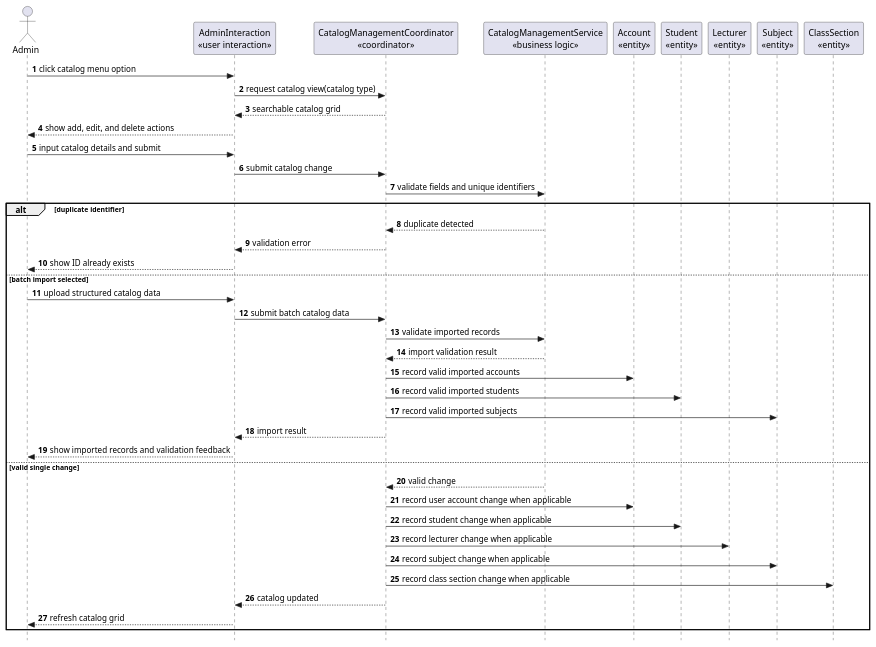
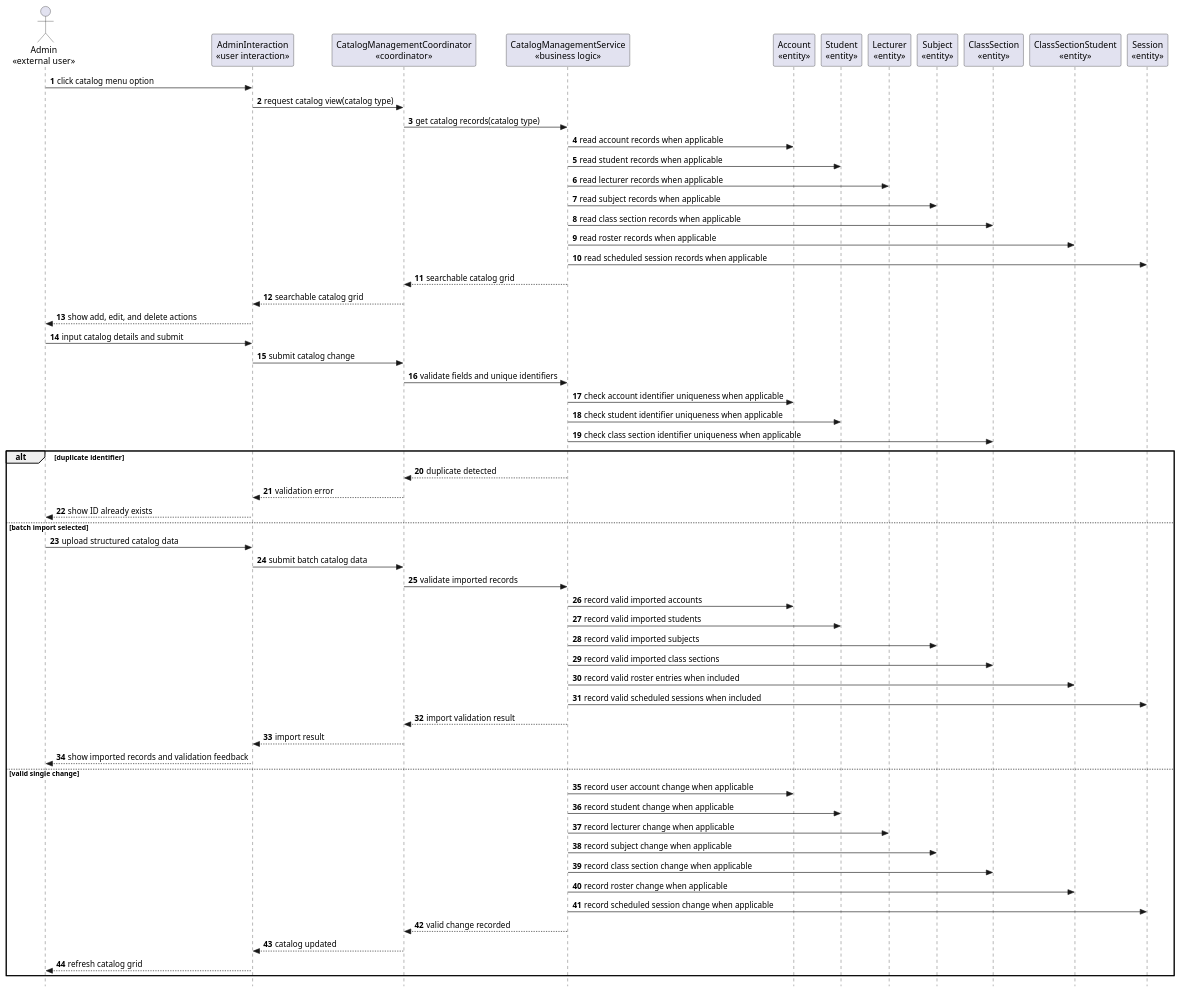
Before and after one commit to nttung42/SWD392: diagram 23 of 29 in docs/sds/2_Analysis.md, drawn with PlantUML. The commit also changed other lines of this file and 1 other file, not shown here.

````diff
--- a/docs/sds/2_Analysis.md
+++ b/docs/sds/2_Analysis.md
@@ -1126,48 +1178,67 @@
 ```plantuml
 @startuml
 skinparam style strictuml
 autonumber
-actor "Admin" as Admin
+actor "Admin\n«external user»" as Admin
 participant "AdminInteraction\n«user interaction»" as AdminUI
 participant "CatalogManagementCoordinator\n«coordinator»" as CatalogControl
 participant "CatalogManagementService\n«business logic»" as CatalogRules
 participant "Account\n«entity»" as Account
 participant "Student\n«entity»" as Student
 participant "Lecturer\n«entity»" as Lecturer
 participant "Subject\n«entity»" as Subject
 participant "ClassSection\n«entity»" as ClassSection
+participant "ClassSectionStudent\n«entity»" as ClassSectionStudent
+participant "Session\n«entity»" as Session
 
 Admin -> AdminUI : click catalog menu option
 AdminUI -> CatalogControl : request catalog view(catalog type)
+CatalogControl -> CatalogRules : get catalog records(catalog type)
+CatalogRules -> Account : read account records when applicable
+CatalogRules -> Student : read student records when applicable
+CatalogRules -> Lecturer : read lecturer records when applicable
+CatalogRules -> Subject : read subject records when applicable
+CatalogRules -> ClassSection : read class section records when applicable
+CatalogRules -> ClassSectionStudent : read roster records when applicable
+CatalogRules -> Session : read scheduled session records when applicable
+CatalogRules --> CatalogControl : searchable catalog grid
 CatalogControl --> AdminUI : searchable catalog grid
 AdminUI --> Admin : show add, edit, and delete actions
 Admin -> AdminUI : input catalog details and submit
 AdminUI -> CatalogControl : submit catalog change
 CatalogControl -> CatalogRules : validate fields and unique identifiers
+CatalogRules -> Account : check account identifier uniqueness when applicable
+CatalogRules -> Student : check student identifier uniqueness when applicable
+CatalogRules -> ClassSection : check class section identifier uniqueness when applicable
 
 alt duplicate identifier
   CatalogRules --> CatalogControl : duplicate detected
   CatalogControl --> AdminUI : validation error
   AdminUI --> Admin : show ID already exists
 else batch import selected
   Admin -> AdminUI : upload structured catalog data
   AdminUI -> CatalogControl : submit batch catalog data
   CatalogControl -> CatalogRules : validate imported records
+  CatalogRules -> Account : record valid imported accounts
+  CatalogRules -> Student : record valid imported students
+  CatalogRules -> Subject : record valid imported subjects
+  CatalogRules -> ClassSection : record valid imported class sections
+  CatalogRules -> ClassSectionStudent : record valid roster entries when included
+  CatalogRules -> Session : record valid scheduled sessions when included
   CatalogRules --> CatalogControl : import validation result
-  CatalogControl -> Account : record valid imported accounts
-  CatalogControl -> Student : record valid imported students
-  CatalogControl -> Subject : record valid imported subjects
   CatalogControl --> AdminUI : import result
   AdminUI --> Admin : show imported records and validation feedback
 else valid single change
-  CatalogRules --> CatalogControl : valid change
-  CatalogControl -> Account : record user account change when applicable
-  CatalogControl -> Student : record student change when applicable
-  CatalogControl -> Lecturer : record lecturer change when applicable
-  CatalogControl -> Subject : record subject change when applicable
-  CatalogControl -> ClassSection : record class section change when applicable
+  CatalogRules -> Account : record user account change when applicable
+  CatalogRules -> Student : record student change when applicable
+  CatalogRules -> Lecturer : record lecturer change when applicable
+  CatalogRules -> Subject : record subject change when applicable
+  CatalogRules -> ClassSection : record class section change when applicable
+  CatalogRules -> ClassSectionStudent : record roster change when applicable
+  CatalogRules -> Session : record scheduled session change when applicable
+  CatalogRules --> CatalogControl : valid change recorded
   CatalogControl --> AdminUI : catalog updated
   AdminUI --> Admin : refresh catalog grid
 end
 @enduml
 ```
````
